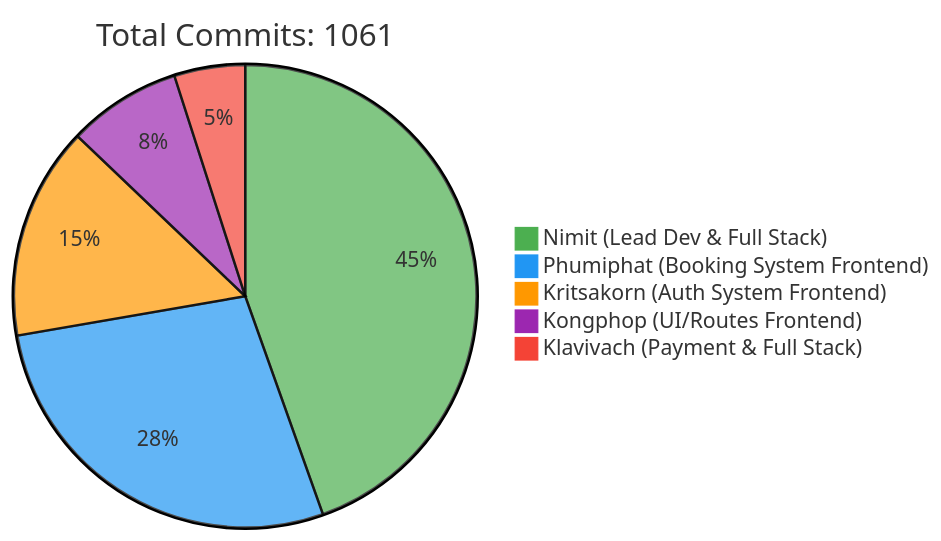
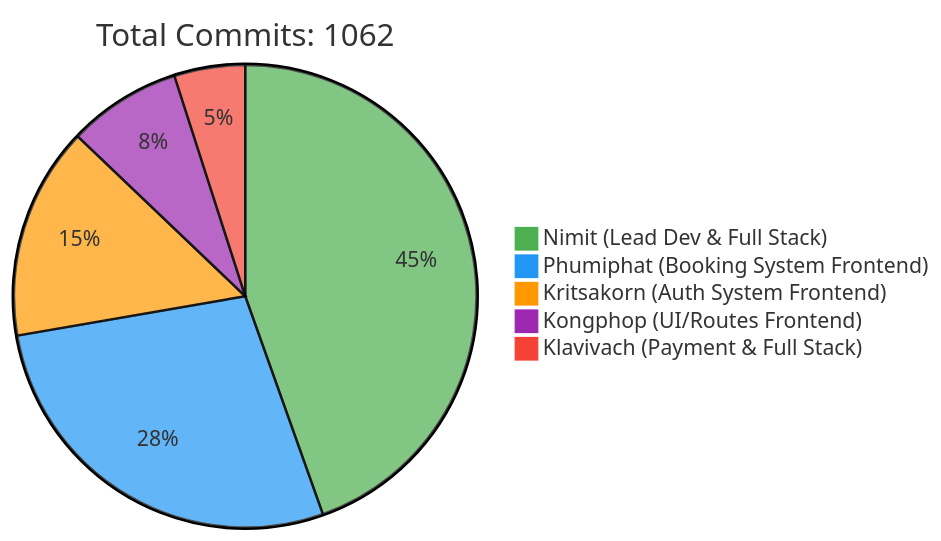
Before and after one commit to 6531503042/Sport-Complex: the first of 2 diagrams in README.md, drawn with Mermaid. The commit also changed other lines of this file, not shown here.

Commit message:
docs: Update contributor statistics [skip ci]

````diff
--- a/README.md
+++ b/README.md
@@ -240,10 +240,10 @@
 ```mermaid
 %%{init: {'theme': 'base', 'themeVariables': { 'pie1': '#4CAF50', 'pie2': '#2196F3', 'pie3': '#FF9800', 'pie4': '#9C27B0', 'pie5': '#F44336'}}}%%
 pie
-    title Total Commits: 1061
+    title Total Commits: 1062
     "Nimit (Lead Dev & Full Stack)" : 450
     "Phumiphat (Booking System Frontend)" : 280
     "Kritsakorn (Auth System Frontend)" : 150
     "Kongphop (UI/Routes Frontend)" : 80
     "Klavivach (Payment & Full Stack)" : 50
 ```
````
